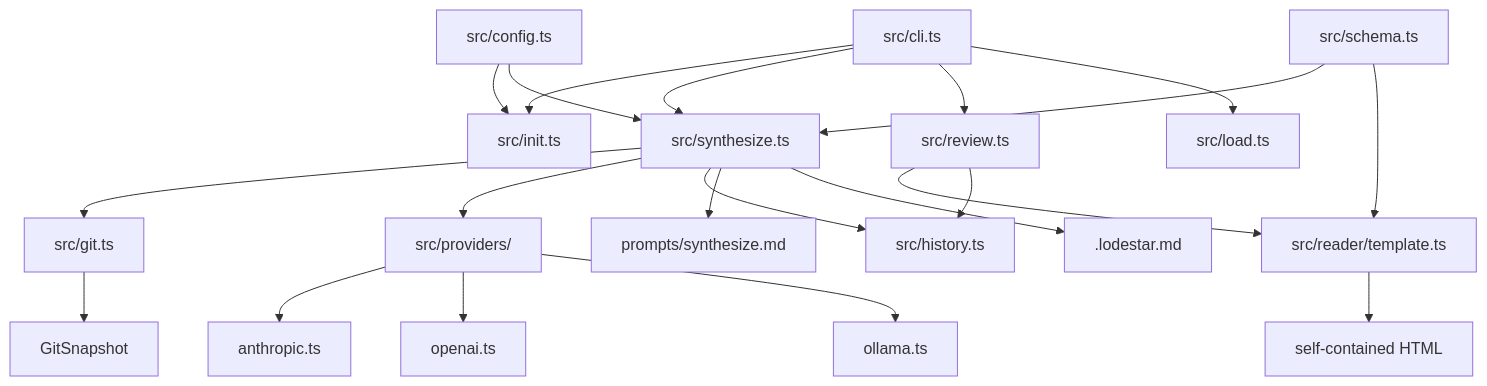
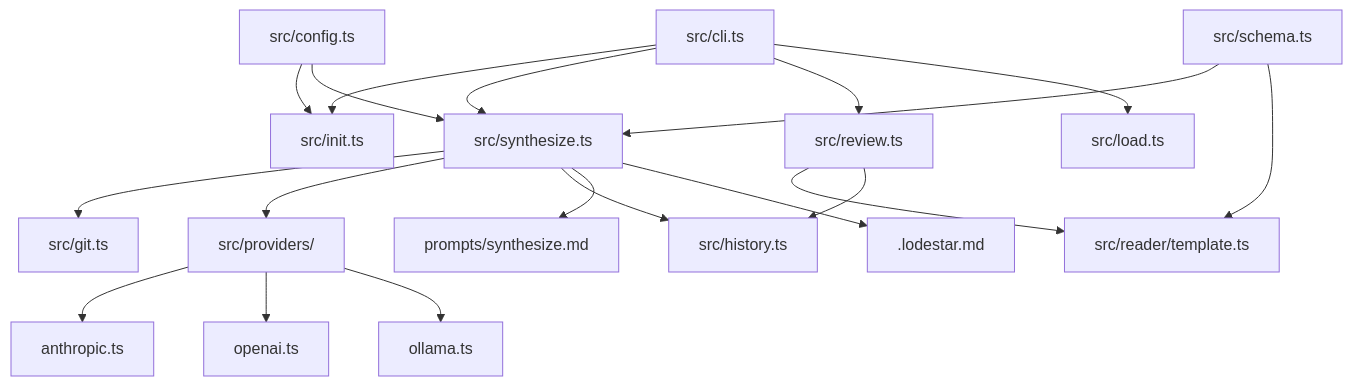
One commit to Kgard/LodeStar changed the first of 2 diagrams in .lodestar.md. Above: the diagram before and after it, drawn with Mermaid. The commit also changed other lines of this file and 1 other file, not shown here.

````diff
--- a/.lodestar.md
+++ b/.lodestar.md
@@ -40,23 +39,21 @@
 ```mermaid
 graph TD
     CLI[src/cli.ts] --> INIT[src/init.ts]
     CLI --> SYNTH[src/synthesize.ts]
     CLI --> REVIEW[src/review.ts]
     CLI --> LOAD[src/load.ts]
     SYNTH --> GIT[src/git.ts]
     SYNTH --> PROVIDERS[src/providers/]
     SYNTH --> HISTORY[src/history.ts]
     PROVIDERS --> ANTHROPIC[anthropic.ts]
     PROVIDERS --> OPENAI[openai.ts]
     PROVIDERS --> OLLAMA[ollama.ts]
     SYNTH --> PROMPT[prompts/synthesize.md]
     SYNTH --> LODESTAR[.lodestar.md]
     REVIEW --> TEMPLATE[src/reader/template.ts]
     REVIEW --> HISTORY
-    TEMPLATE --> HTML[self-contained HTML]
-    GIT --> SNAPSHOT[GitSnapshot]
     CONFIG[src/config.ts] --> INIT
     CONFIG --> SYNTH
     SCHEMA[src/schema.ts] --> SYNTH
     SCHEMA --> TEMPLATE
 ```
````
